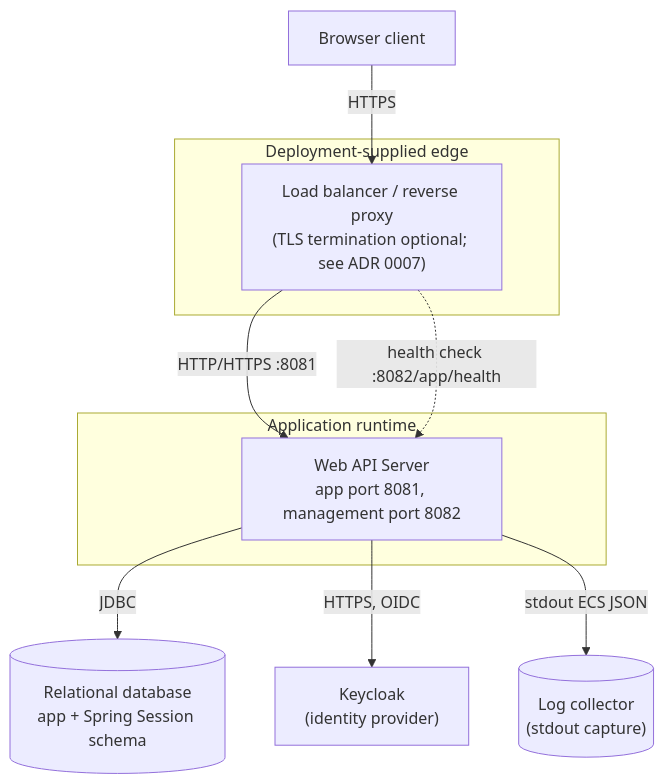
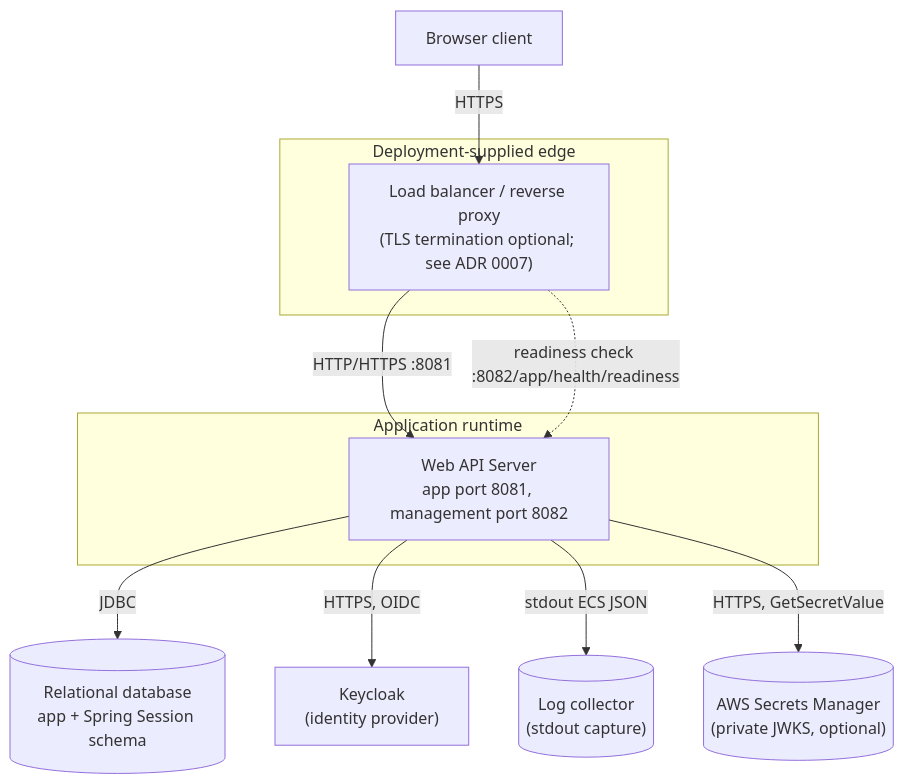
Before and after one commit to justin-tay/java-app-web-api-server-template: the first of 2 diagrams in docs/system-design/07-deployment-view.md, drawn with Mermaid. The commit also changed other lines of this file and 46 other files, not shown here.

First line of the commit message:
feat: rotate the private JWKS from AWS Secrets Manager

````diff
--- a/docs/system-design/07-deployment-view.md
+++ b/docs/system-design/07-deployment-view.md
@@ -6,23 +6,25 @@
 ```mermaid
 flowchart TB
     Browser["Browser client"]
 
     subgraph edge ["Deployment-supplied edge"]
         LB["Load balancer / reverse proxy\n(TLS termination optional; see ADR 0007)"]
     end
 
     subgraph runtime ["Application runtime"]
         App["Web API Server\napp port 8081, management port 8082"]
     end
 
     DB[("Relational database\napp + Spring Session schema")]
     KC["Keycloak\n(identity provider)"]
     Logs[("Log collector\n(stdout capture)")]
+    SM[("AWS Secrets Manager\n(private JWKS, optional)")]
 
     Browser -->|"HTTPS"| LB
     LB -->|"HTTP/HTTPS :8081"| App
-    LB -.->|"health check :8082/app/health"| App
+    LB -.->|"readiness check :8082/app/health/readiness"| App
     App -->|"JDBC"| DB
     App -->|"HTTPS, OIDC"| KC
     App -->|"stdout ECS JSON"| Logs
+    App -->|"HTTPS, GetSecretValue"| SM
 ```
````
